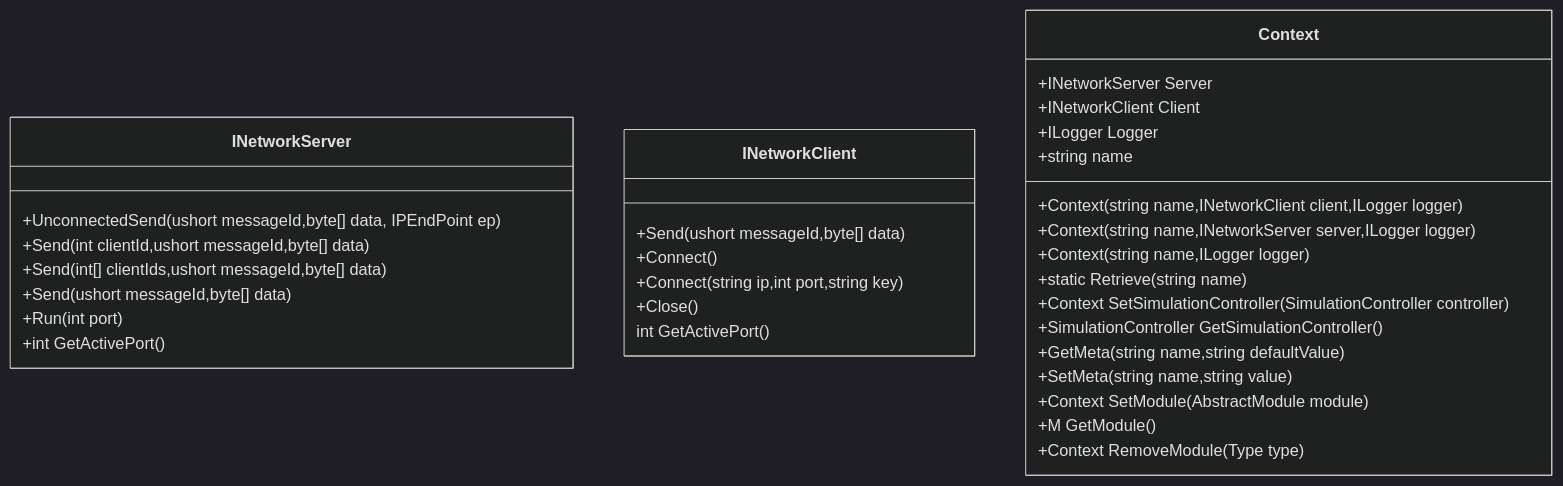
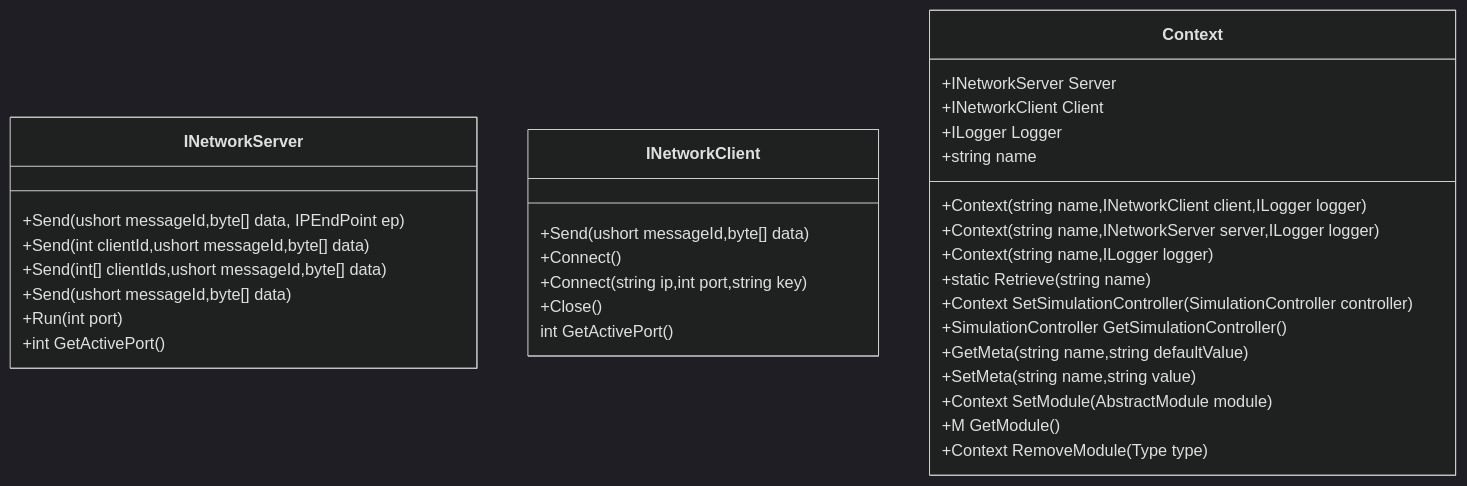
The diagram in README.md (dudu502/littlebee_libs), drawn with Mermaid (dark theme) before and after one commit. The commit also changed other lines of this file and 1 other file, not shown here.

````diff
--- a/README.md
+++ b/README.md
@@ -30,35 +30,35 @@
 ```mermaid  
 classDiagram
     class INetworkServer{
-      +UnconnectedSend(ushort messageId,byte[] data, IPEndPoint ep)
+      +Send(ushort messageId,byte[] data, IPEndPoint ep)
       +Send(int clientId,ushort messageId,byte[] data)
       +Send(int[] clientIds,ushort messageId,byte[] data)
       +Send(ushort messageId,byte[] data)
       +Run(int port)
       +int GetActivePort()
     }
     class INetworkClient{
       +Send(ushort messageId,byte[] data)
       +Connect()
       +Connect(string ip,int port,string key)
       +Close()
       int GetActivePort()
     }
     class Context {  
         +INetworkServer Server  
         +INetworkClient Client  
         +ILogger Logger  
         +string name
         +Context(string name,INetworkClient client,ILogger logger)
         +Context(string name,INetworkServer server,ILogger logger)
         +Context(string name,ILogger logger)
         +static Retrieve(string name)
         +Context SetSimulationController(SimulationController controller)
         +SimulationController GetSimulationController()
         +GetMeta(string name,string defaultValue)
         +SetMeta(string name,string value)
         +Context SetModule(AbstractModule module)
         +M GetModule<M>()
         +Context RemoveModule(Type type)
     }  
 ```   
````
